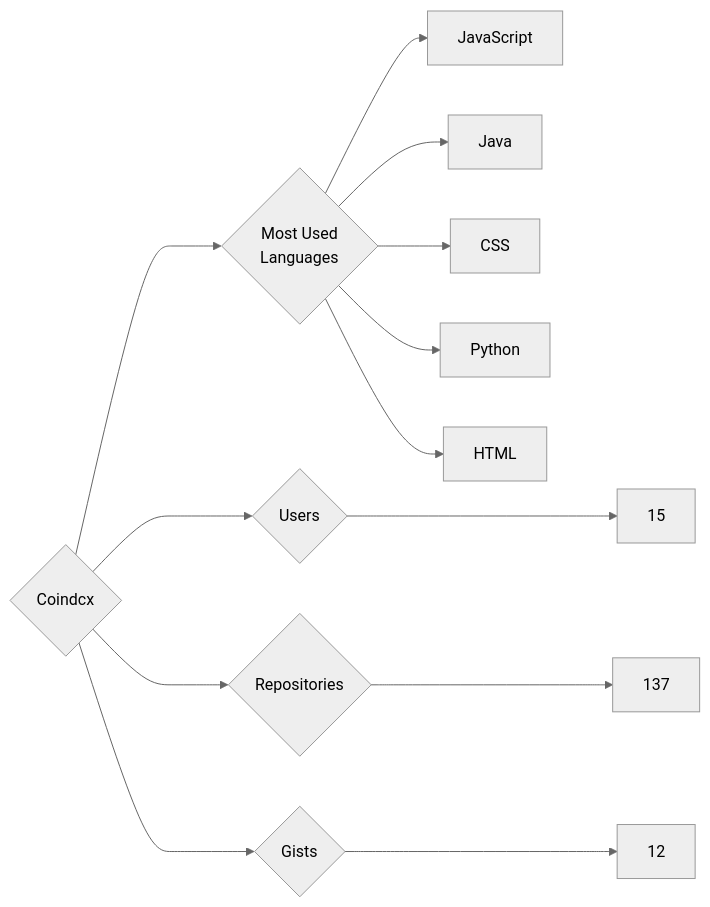
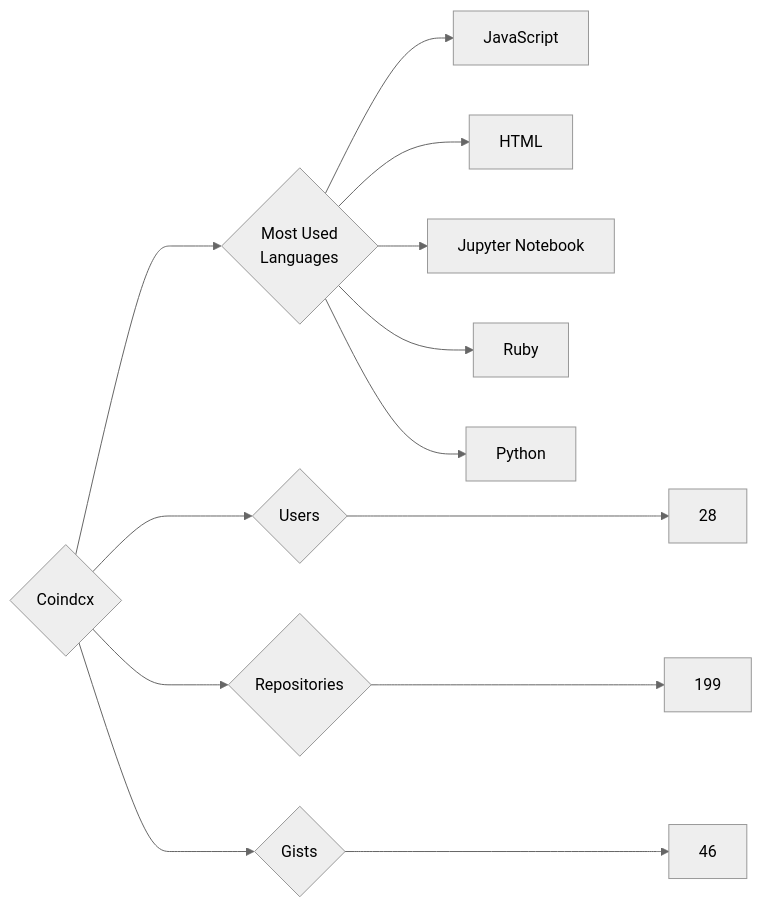
Before and after one commit to trickest/insiders: the diagram in targets/Coindcx/README.md, drawn with Mermaid (neutral theme). The commit also changed 682 other files, not shown here.

````diff
--- a/targets/Coindcx/README.md
+++ b/targets/Coindcx/README.md
@@ -3,13 +3,13 @@
 ```mermaid
 graph LR
 COMPANY_NAME{Coindcx}
-COMPANY_NAME ---> U{Users} ---> UN[15]
-COMPANY_NAME ---> R{Repositories} ---> RN[137]
-COMPANY_NAME ---> G{Gists} ---> GN[12]
+COMPANY_NAME ---> U{Users} ---> UN[28]
+COMPANY_NAME ---> R{Repositories} ---> RN[199]
+COMPANY_NAME ---> G{Gists} ---> GN[46]
 COMPANY_NAME ---> ML{Most Used<br>Languages}
 ML --> JavaScript[JavaScript]
-ML --> Java[Java]
-ML --> CSS[CSS]
+ML --> HTML[HTML]
+ML --> Jupyter_Notebook[Jupyter Notebook]
+ML --> Ruby[Ruby]
 ML --> Python[Python]
-ML --> HTML[HTML]
 ```
````
